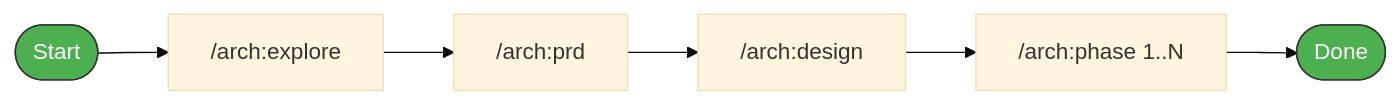
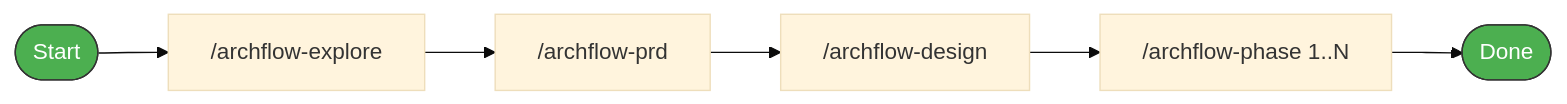
The first of 12 diagrams in docs/archflow-process.md (Aroton/ArchflowV2), drawn with Mermaid (base theme) before and after one commit. The commit also changed other lines of this file and 13 other files, not shown here.

````diff
--- a/docs/archflow-process.md
+++ b/docs/archflow-process.md
@@ -5,11 +5,11 @@
 ```mermaid
 flowchart LR
-    Start([Start]) --> Explore["/arch:explore"]
-    Explore --> PRD["/arch:prd"]
-    PRD --> Design["/arch:design"]
-    Design --> Phase["/arch:phase 1..N"]
+    Start([Start]) --> Explore["/archflow-explore"]
+    Explore --> PRD["/archflow-prd"]
+    PRD --> Design["/archflow-design"]
+    Design --> Phase["/archflow-phase 1..N"]
     Phase --> Done([Done])
 
     style Start fill:#4CAF50,stroke:#333,color:#fff
     style Done fill:#4CAF50,stroke:#333,color:#fff
 ```
````
